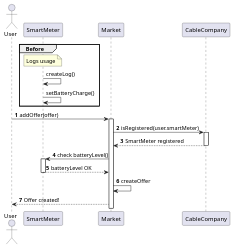
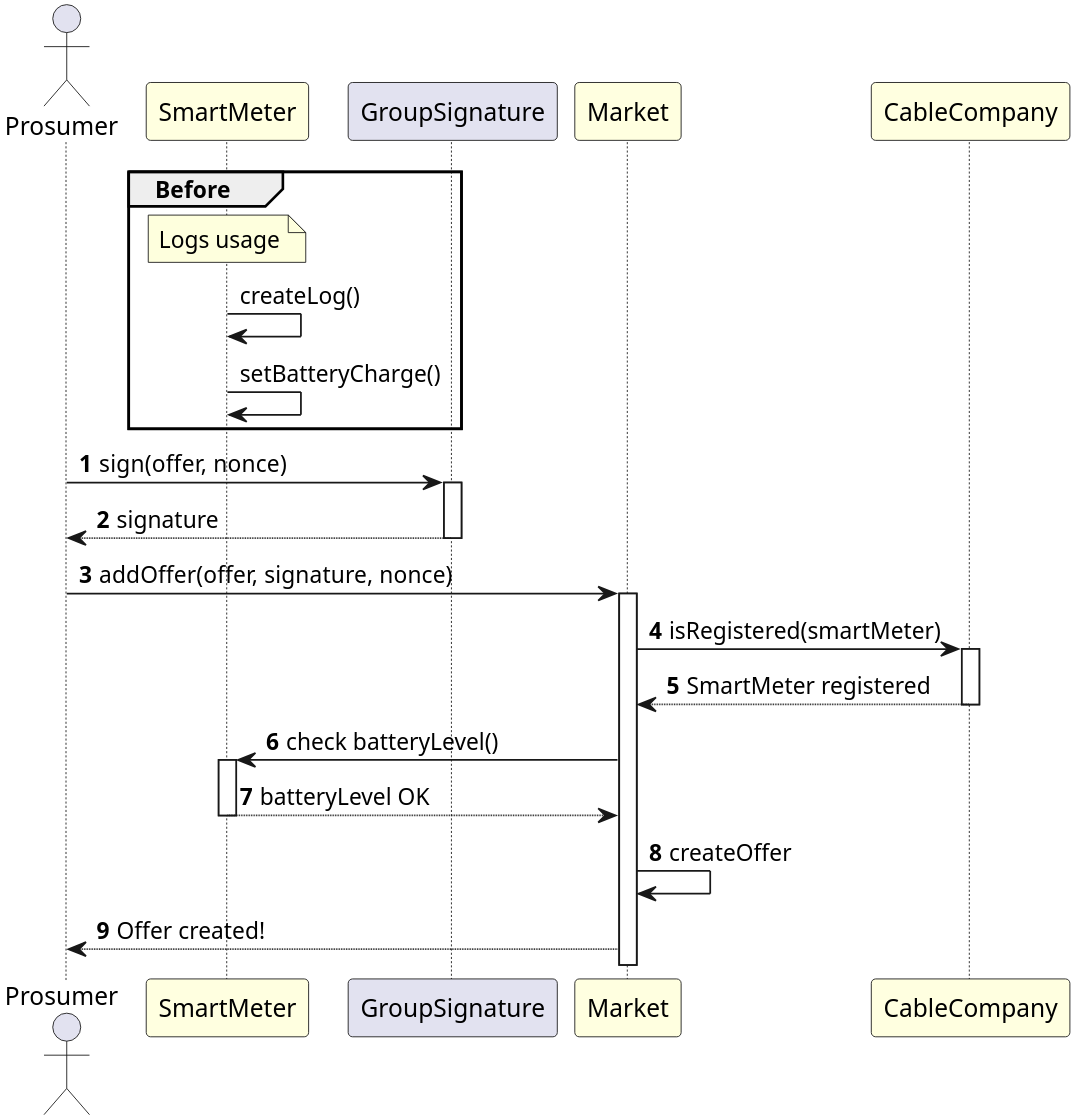
Before and after one commit to antonoeschmidt/SmartGridEmpowered: the diagram in docs/addOffer.puml, drawn with PlantUML. The commit also changed 4 other files, not shown here.

Commit message:
Updated diagrams

```diff
--- a/docs/addOffer.puml
+++ b/docs/addOffer.puml
@@ -1,28 +1,33 @@
 @startuml AddOffer
-actor User
-participant SmartMeter
-participant Market
-participant CableCompany
+actor Prosumer
+participant SmartMeter #LightYellow
+participant GroupSignature
+participant Market #LightYellow
+participant CableCompany #LightYellow
 
-skinparam responseMessageBelowArrow true
+skinparam dpi 400
 
 group Before
     note over SmartMeter: Logs usage
     SmartMeter -> SmartMeter: createLog()
 
     SmartMeter -> SmartMeter: setBatteryCharge()
 end group
 
 autonumber
-User -> Market ++: addOffer(offer)
 
-Market -> CableCompany ++: isRegistered(user.smartMeter)
+Prosumer -> GroupSignature ++: sign(offer, nonce)
+GroupSignature --> Prosumer --: signature
+
+Prosumer -> Market ++: addOffer(offer, signature, nonce)
+
+Market -> CableCompany ++: isRegistered(smartMeter)
 CableCompany --> Market --: SmartMeter registered
 
 Market -> SmartMeter ++: check batteryLevel()
 SmartMeter --> Market --: batteryLevel OK
 
 Market -> Market: createOffer
 
-Market --> User: Offer created!
+Market --> Prosumer: Offer created!
 @enduml
```
